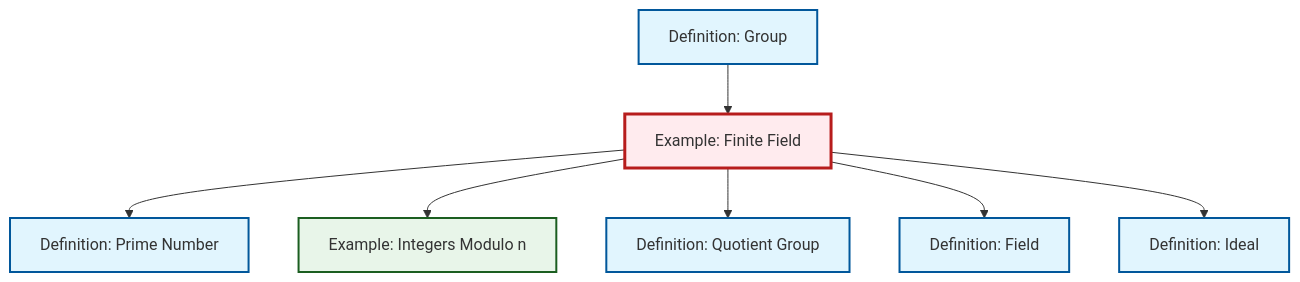
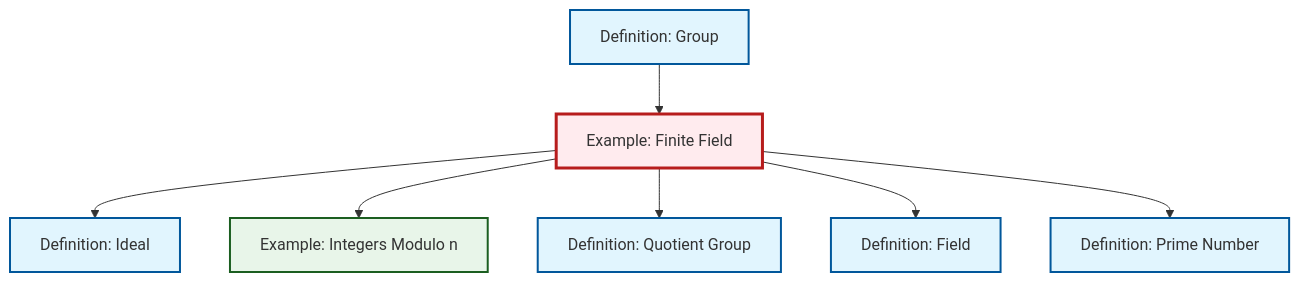
One commit to RK0429/ModernMath changed the diagram in content/en/algebra/ex-finite-field.qmd. Above: the diagram before and after it, drawn with Mermaid. The commit also changed other lines of this file and 554 other files, not shown here.

````diff
--- a/content/en/algebra/ex-finite-field.qmd
+++ b/content/en/algebra/ex-finite-field.qmd
@@ -65,29 +65,29 @@
 ```{mermaid}
 %%| fig-cap: "Local dependency graph"
 graph TD
     classDef definition fill:#e1f5fe,stroke:#01579b,stroke-width:2px
     classDef theorem fill:#f3e5f5,stroke:#4a148c,stroke-width:2px
     classDef axiom fill:#fff3e0,stroke:#e65100,stroke-width:2px
     classDef example fill:#e8f5e9,stroke:#1b5e20,stroke-width:2px
     classDef current fill:#ffebee,stroke:#b71c1c,stroke-width:3px
+    def-field["Definition: Field"]:::definition
+    def-prime["Definition: Prime Number"]:::definition
+    def-quotient-group["Definition: Quotient Group"]:::definition
     ex-finite-field["Example: Finite Field"]:::example
     def-ideal["Definition: Ideal"]:::definition
-    def-quotient-group["Definition: Quotient Group"]:::definition
-    def-field["Definition: Field"]:::definition
+    ex-quotient-integers-mod-n["Example: Integers Modulo n"]:::example
     def-group["Definition: Group"]:::definition
-    ex-quotient-integers-mod-n["Example: Integers Modulo n"]:::example
-    def-prime["Definition: Prime Number"]:::definition
-    ex-finite-field --> def-prime
+    ex-finite-field --> def-ideal
     ex-finite-field --> ex-quotient-integers-mod-n
-    def-group --> ex-finite-field
     ex-finite-field --> def-quotient-group
     ex-finite-field --> def-field
-    ex-finite-field --> def-ideal
+    ex-finite-field --> def-prime
+    def-group --> ex-finite-field
     class ex-finite-field current
+    click def-field "def-field.html" "Go to Field definition"
+    click def-prime "def-prime.html" "Go to Prime Number definition"
+    click def-quotient-group "def-quotient-group.html" "Go to Quotient Group definition"
     click def-ideal "def-ideal.html" "Go to Ideal definition"
-    click def-quotient-group "def-quotient-group.html" "Go to Quotient Group definition"
-    click def-field "def-field.html" "Go to Field definition"
+    click ex-quotient-integers-mod-n "ex-quotient-integers-mod-n.html" "Go to Integers Modulo n example"
     click def-group "def-group.html" "Go to Group definition"
-    click ex-quotient-integers-mod-n "ex-quotient-integers-mod-n.html" "Go to Integers Modulo n example"
-    click def-prime "def-prime.html" "Go to Prime Number definition"
 ```
````
